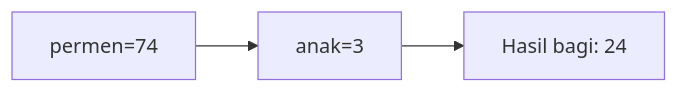
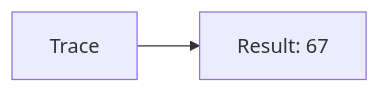
Before and after one commit to amnahwaida/OSNK_INF_PREP: the ninth of 25 diagrams in part-c-pemahaman-cpp/01-tipe-data/latihan/set-09.md, drawn with Mermaid. The commit also changed other lines of this file and 71 other files, not shown here.

````diff
--- a/part-c-pemahaman-cpp/01-tipe-data/latihan/set-09.md
+++ b/part-c-pemahaman-cpp/01-tipe-data/latihan/set-09.md
@@ -222,5 +190,4 @@
 ```mermaid
 graph LR
-A["permen=74"] --> B["anak=3"]
-B --> C["Hasil bagi: 24"]
+A[Trace] --> B[Result: 67]
 ```
````
